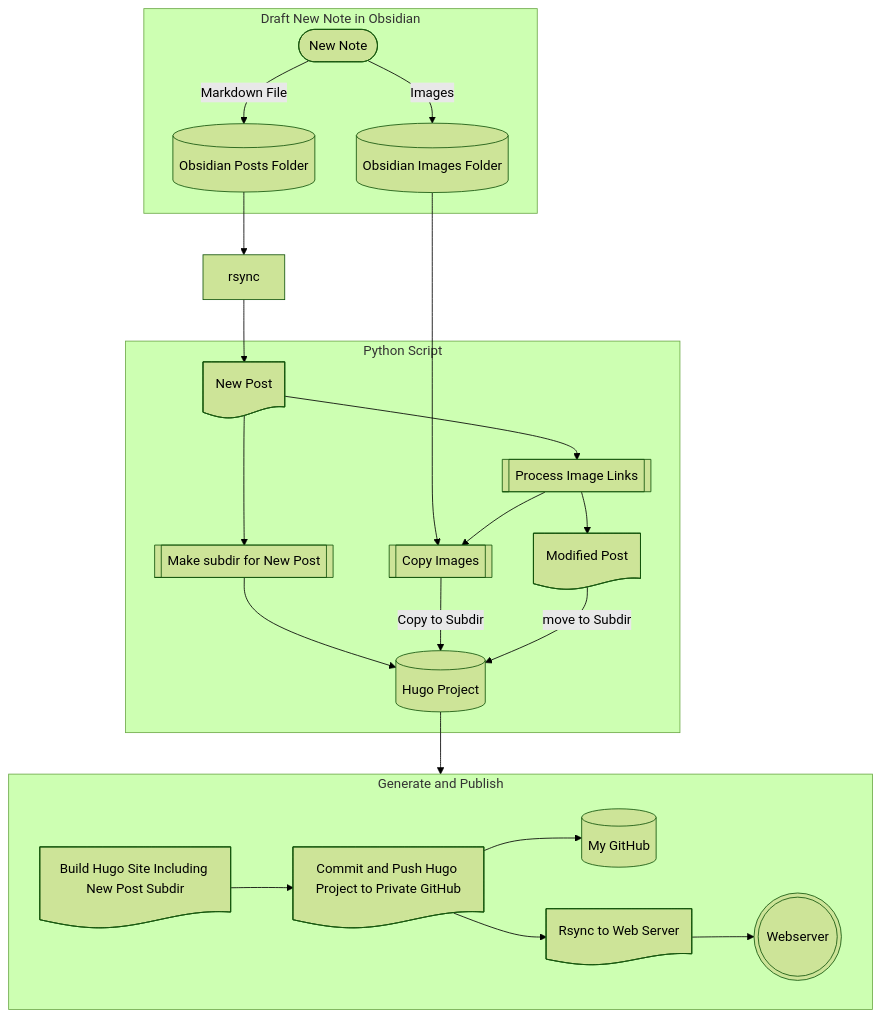
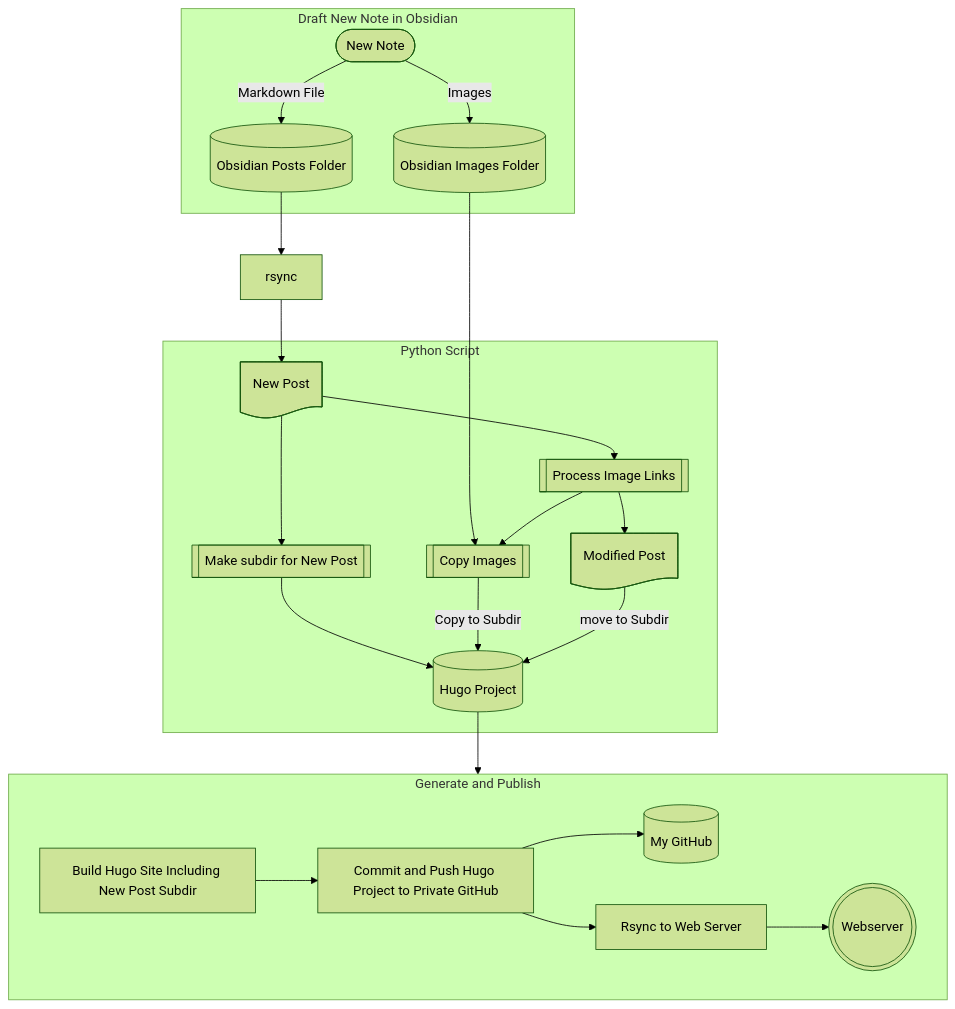
The diagram in README.md (gthelding/autoblog), drawn with Mermaid (forest theme) before and after one commit.

Commit message:
Update README.md
Change Flowchart Symbols

````diff
--- a/README.md
+++ b/README.md
@@ -21,41 +21,41 @@
 ```mermaid
 graph TD
 a1([New Note])
 a2[(Obsidian Posts Folder)]
 a3[(Obsidian Images Folder)]
 subdir@{ shape: subproc, label: "Make subdir for New Post" }
 extract@{ shape: subproc, label: "Process Image Links" }
 copy@{ shape: subproc, label: "Copy Images" }
 hugo[(Hugo Project)]
 note@{ shape: doc, label: "New Post" }
 modpost@{ shape: doc, label: "Modified Post" }
 rsync[rsync]
 a2-->rsync
 rsync-->note
 a3-->copy
 note-->extract
-build@{ shape: doc, label: "Build Hugo Site Including New Post Subdir" }
-git@{ shape: doc, label: "Commit and Push Hugo Project to Private GitHub" }
+build@{ shape: process, label: "Build Hugo Site Including New Post Subdir" }
+git@{ shape: process, label: "Commit and Push Hugo Project to Private GitHub" }
 mygh[(My GitHub)]
 vps(((Webserver)))
-pub@{ shape: doc, label: "Rsync to Web Server" }
+pub@{ shape: process, label: "Rsync to Web Server" }
 subgraph draft [Draft New Note in Obsidian]
 a1-->|Markdown File|a2
 a1-->|Images|a3
 end
 subgraph python [Python Script]
 note-->subdir
 subdir-->hugo
 extract-->copy
 extract-->modpost
 copy-->|Copy to Subdir|hugo
 modpost-->|move to Subdir|hugo
 end
 hugo-->publish
 subgraph publish [Generate and Publish]
 build-->git
 git-->mygh
 git-->pub
 pub-->vps
 end
 ```
````
